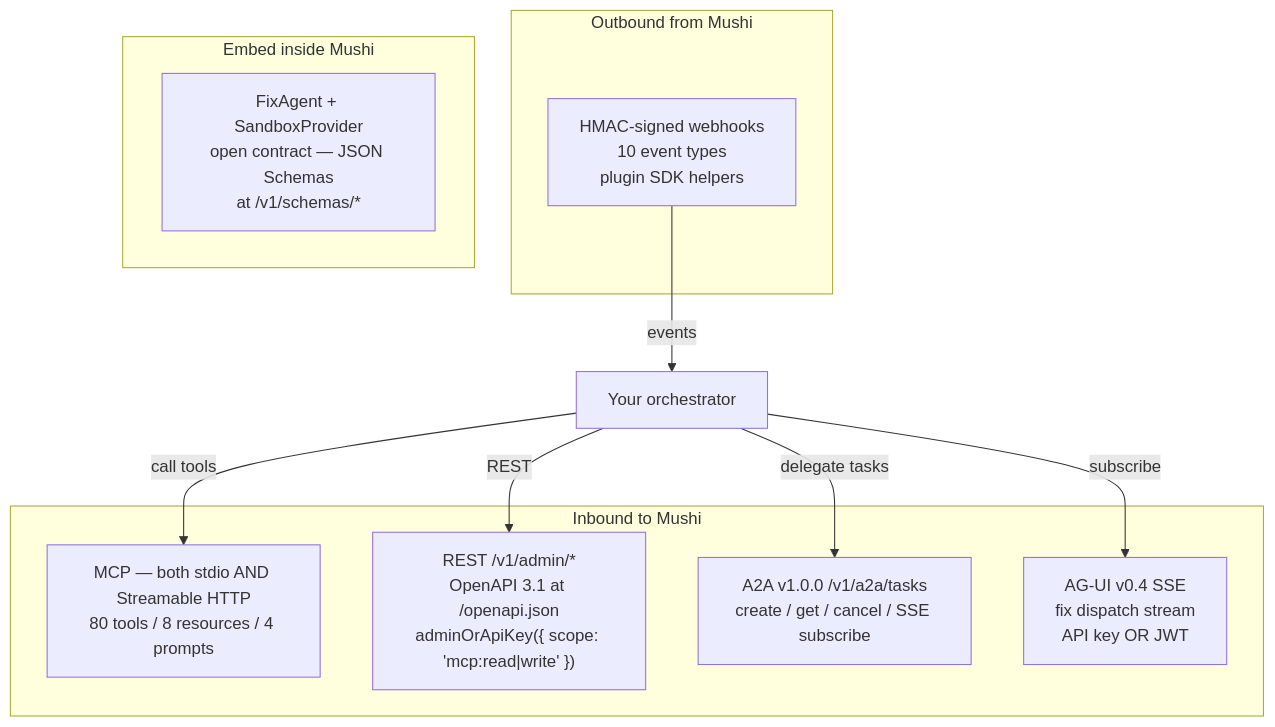
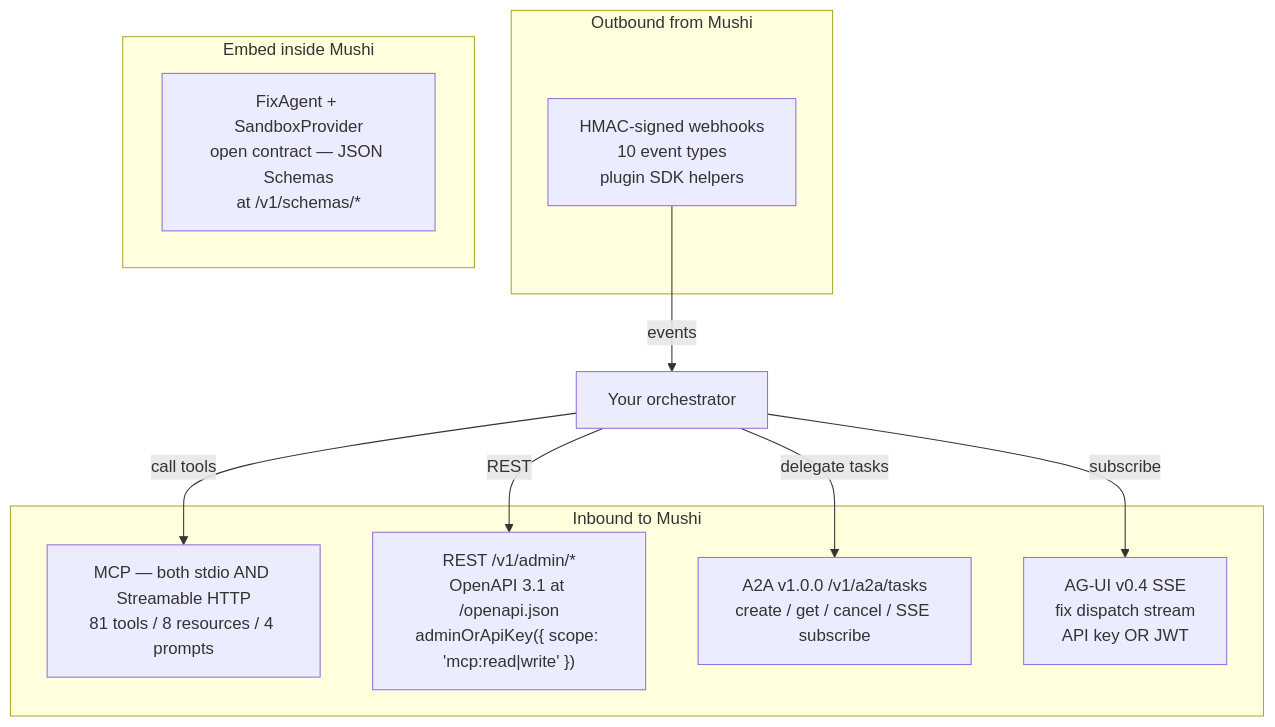
Before and after one commit to kensaurus/mushi-mushi: the diagram in apps/docs/content/concepts/orchestrator-interop.mdx, drawn with Mermaid. The commit also changed other lines of this file and 19 other files, not shown here.

First line of the commit message:
feat(mcp): get_repo_digest on both transports, default feature set

````diff
--- a/apps/docs/content/concepts/orchestrator-interop.mdx
+++ b/apps/docs/content/concepts/orchestrator-interop.mdx
@@ -32,20 +32,20 @@
 ```mermaid
 flowchart TB
   subgraph Inbound["Inbound to Mushi"]
-    MCP["MCP — both stdio AND Streamable HTTP<br/>80 tools / 8 resources / 4 prompts"]
+    MCP["MCP — both stdio AND Streamable HTTP<br/>81 tools / 8 resources / 4 prompts"]
     REST["REST /v1/admin/*<br/>OpenAPI 3.1 at /openapi.json<br/>adminOrApiKey({ scope: 'mcp:read|write' })"]
     A2A["A2A v1.0.0 /v1/a2a/tasks<br/>create / get / cancel / SSE subscribe"]
     AGUI["AG-UI v0.4 SSE<br/>fix dispatch stream<br/>API key OR JWT"]
   end
   subgraph Outbound["Outbound from Mushi"]
     Hooks["HMAC-signed webhooks<br/>10 event types<br/>plugin SDK helpers"]
   end
   subgraph Native["Embed inside Mushi"]
     FA["FixAgent + SandboxProvider<br/>open contract — JSON Schemas<br/>at /v1/schemas/*"]
   end
   Orch["Your orchestrator"] -->|"call tools"| MCP
   Orch -->|"REST"| REST
   Orch -->|"delegate tasks"| A2A
   Orch -->|"subscribe"| AGUI
   Hooks -->|"events"| Orch
 ```
````
